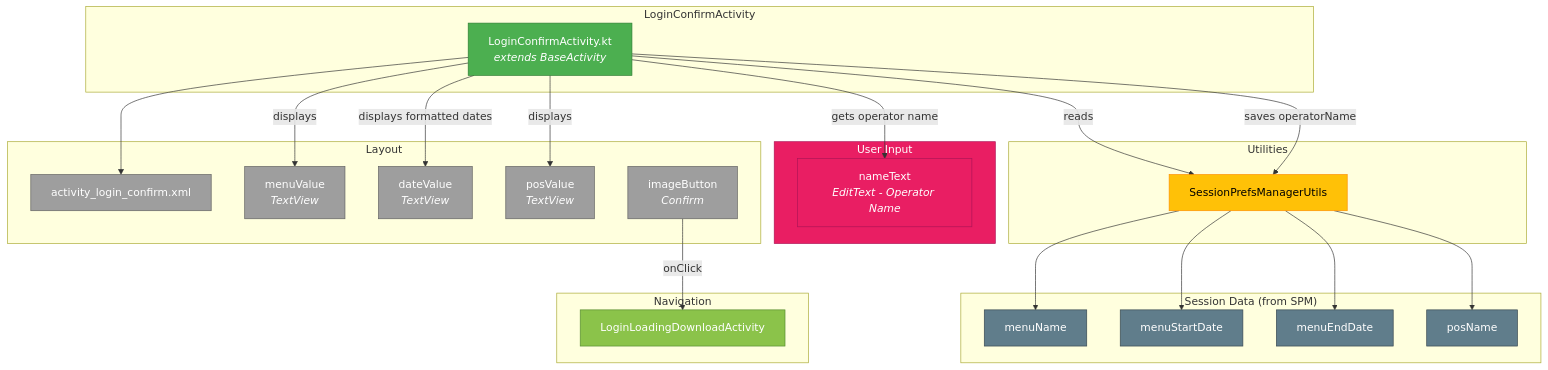
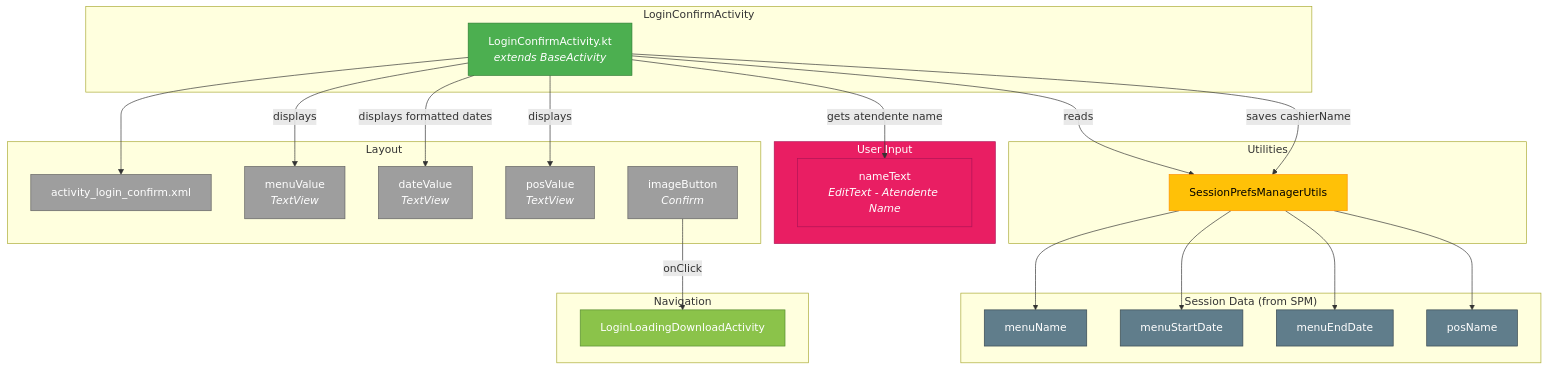
The diagram in docs/diagrams/06_LoginConfirmActivity.mmd (Spardevs/aurora-trip), drawn with Mermaid before and after one commit. The commit also changed 44 other files, not shown here.

```diff
--- a/docs/diagrams/06_LoginConfirmActivity.mmd
+++ b/docs/diagrams/06_LoginConfirmActivity.mmd
@@ -1,67 +1,67 @@
 %% LoginConfirmActivity - Session Confirmation Screen
 %% Path: app/src/main/java/br/com/ticpass/pos/presentation/login/activities/LoginConfirmActivity.kt
 
 flowchart TB
     subgraph Activity["LoginConfirmActivity"]
         LCA["LoginConfirmActivity.kt<br/><i>extends BaseActivity</i>"]
     end
 
     subgraph Utils["Utilities"]
         SPM["SessionPrefsManagerUtils"]
     end
 
     subgraph SessionData["Session Data (from SPM)"]
         MenuName["menuName"]
         MenuStart["menuStartDate"]
         MenuEnd["menuEndDate"]
         PosName["posName"]
     end
 
     subgraph UserInput["User Input"]
-        NameET["nameText<br/><i>EditText - Operator Name</i>"]
+        NameET["nameText<br/><i>EditText - Atendente Name</i>"]
     end
 
     subgraph Navigation["Navigation"]
         LLDA["LoginLoadingDownloadActivity"]
     end
 
     subgraph Layout["Layout"]
         XML["activity_login_confirm.xml"]
         MenuTV["menuValue<br/><i>TextView</i>"]
         DateTV["dateValue<br/><i>TextView</i>"]
         PosTV["posValue<br/><i>TextView</i>"]
         ConfirmBtn["imageButton<br/><i>Confirm</i>"]
     end
 
     %% Flow
     LCA -->|"reads"| SPM
     SPM --> MenuName
     SPM --> MenuStart
     SPM --> MenuEnd
     SPM --> PosName
 
     LCA -->|"displays"| MenuTV
     LCA -->|"displays formatted dates"| DateTV
     LCA -->|"displays"| PosTV
 
-    LCA -->|"gets operator name"| NameET
-    LCA -->|"saves operatorName"| SPM
+    LCA -->|"gets atendente name"| NameET
+    LCA -->|"saves cashierName"| SPM
 
     ConfirmBtn -->|"onClick"| LLDA
 
     LCA --> XML
 
     %% Styling
     classDef activity fill:#4CAF50,stroke:#2E7D32,color:white
     classDef util fill:#FFC107,stroke:#FF8F00,color:black
     classDef data fill:#607D8B,stroke:#37474F,color:white
     classDef input fill:#E91E63,stroke:#AD1457,color:white
     classDef navigation fill:#8BC34A,stroke:#558B2F,color:white
     classDef layout fill:#9E9E9E,stroke:#616161,color:white
 
     class LCA activity
     class SPM util
     class MenuName,MenuStart,MenuEnd,PosName data
     class NameET,UserInput input
     class LLDA navigation
     class XML,MenuTV,DateTV,PosTV,ConfirmBtn layout
```
